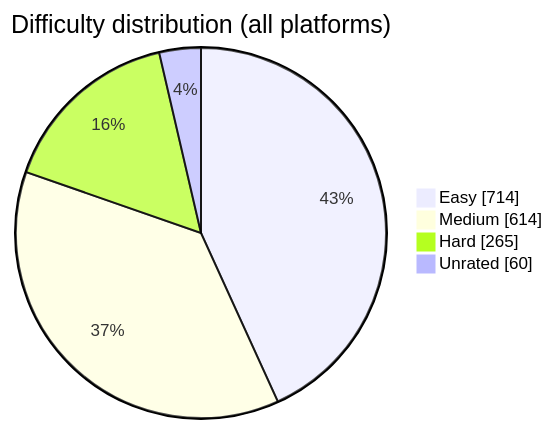
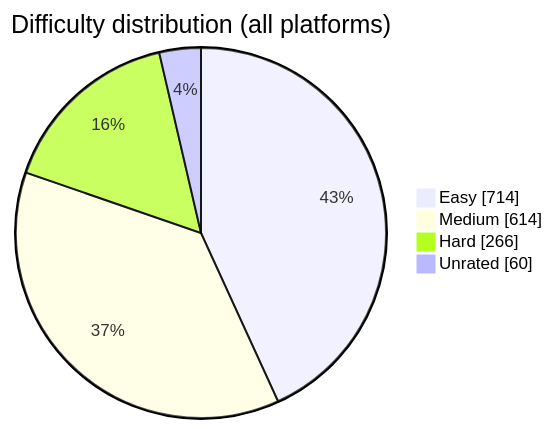
The diagram in README.md (BuildbyArindam/Daily-Coding-Log), drawn with Mermaid before and after one commit. The commit also changed other lines of this file, not shown here.

````diff
--- a/README.md
+++ b/README.md
@@ -93,7 +93,7 @@
 ```mermaid
 pie showData title Difficulty distribution (all platforms)
     "Easy" : 714
     "Medium" : 614
-    "Hard" : 265
+    "Hard" : 266
     "Unrated" : 60
 ```
````
